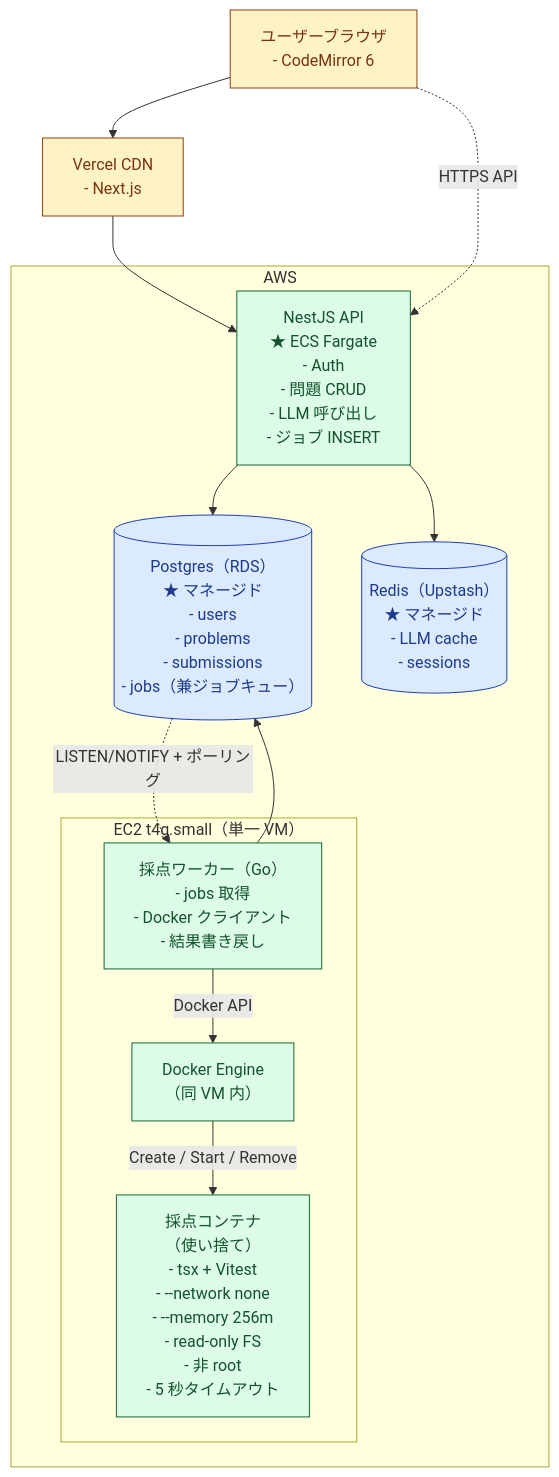
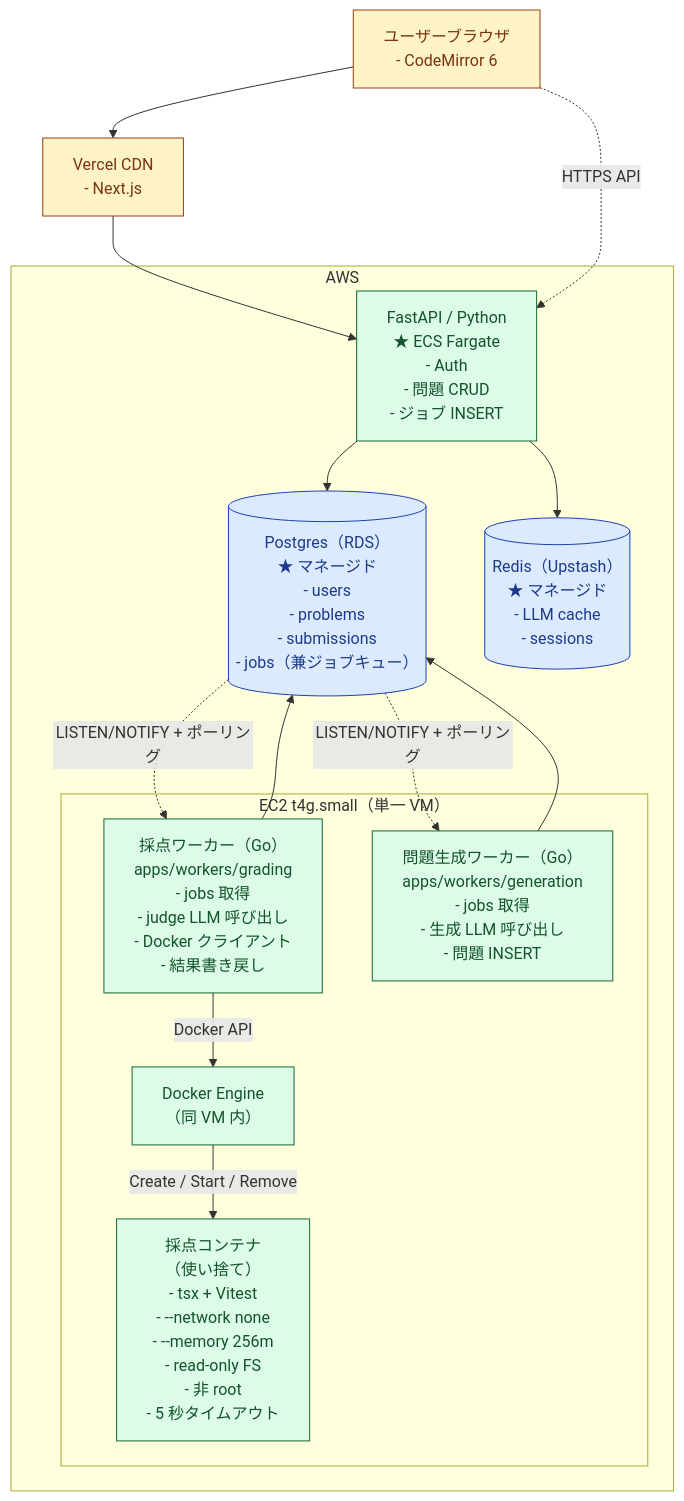
The first of 2 diagrams in SYSTEM_OVERVIEW.md (yzanbo/ai-coding-drill-python), drawn with Mermaid before and after one commit. The commit also changed other lines of this file and 5 other files, not shown here.

````diff
--- a/SYSTEM_OVERVIEW.md
+++ b/SYSTEM_OVERVIEW.md
@@ -9,34 +9,37 @@
 ```mermaid
 flowchart TB
     Browser["ユーザーブラウザ<br/>- CodeMirror 6"]
     CDN["Vercel CDN<br/>- Next.js"]
 
     subgraph aws["AWS"]
-        API["NestJS API<br/>★ ECS Fargate<br/>- Auth<br/>- 問題 CRUD<br/>- LLM 呼び出し<br/>- ジョブ INSERT"]
+        API["FastAPI / Python<br/>★ ECS Fargate<br/>- Auth<br/>- 問題 CRUD<br/>- ジョブ INSERT"]
         DB[("Postgres（RDS）<br/>★ マネージド<br/>- users<br/>- problems<br/>- submissions<br/>- jobs（兼ジョブキュー）")]
         Redis[("Redis（Upstash）<br/>★ マネージド<br/>- LLM cache<br/>- sessions")]
 
         subgraph workerVM["EC2 t4g.small（単一 VM）"]
-            Worker["採点ワーカー（Go）<br/>- jobs 取得<br/>- Docker クライアント<br/>- 結果書き戻し"]
+            WorkerGrading["採点ワーカー（Go）<br/>apps/workers/grading<br/>- jobs 取得<br/>- judge LLM 呼び出し<br/>- Docker クライアント<br/>- 結果書き戻し"]
+            WorkerGen["問題生成ワーカー（Go）<br/>apps/workers/generation<br/>- jobs 取得<br/>- 生成 LLM 呼び出し<br/>- 問題 INSERT"]
             DockerEngine["Docker Engine<br/>（同 VM 内）"]
             Sandbox["採点コンテナ<br/>（使い捨て）<br/>- tsx + Vitest<br/>- --network none<br/>- --memory 256m<br/>- read-only FS<br/>- 非 root<br/>- 5 秒タイムアウト"]
         end
     end
 
     Browser --> CDN
     CDN --> API
     Browser -.->|"HTTPS API"| API
     API --> DB
     API --> Redis
-    DB -.->|"LISTEN/NOTIFY + ポーリング"| Worker
-    Worker --> DB
-    Worker -->|"Docker API"| DockerEngine
+    DB -.->|"LISTEN/NOTIFY + ポーリング"| WorkerGrading
+    DB -.->|"LISTEN/NOTIFY + ポーリング"| WorkerGen
+    WorkerGrading --> DB
+    WorkerGen --> DB
+    WorkerGrading -->|"Docker API"| DockerEngine
     DockerEngine -->|"Create / Start / Remove"| Sandbox
 
     classDef store fill:#dbeafe,stroke:#1e40af,color:#1e3a8a
     classDef compute fill:#dcfce7,stroke:#166534,color:#14532d
     classDef edge fill:#fef3c7,stroke:#92400e,color:#78350f
     class DB,Redis store
-    class API,Worker,DockerEngine,Sandbox compute
+    class API,WorkerGrading,WorkerGen,DockerEngine,Sandbox compute
     class Browser,CDN edge
 ```
````
